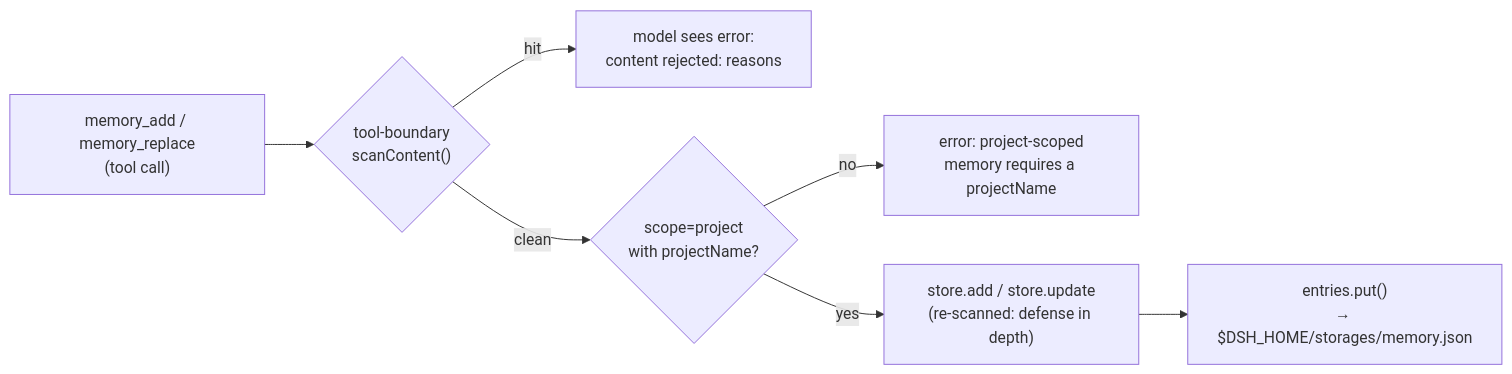
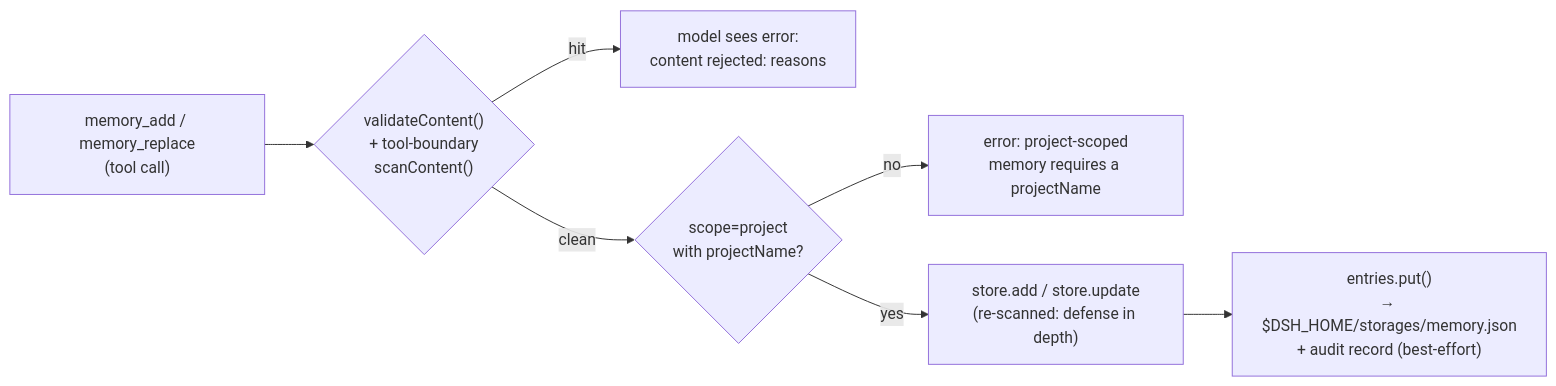
The second of 3 diagrams in docs/TECH_DESIGN.md (chenhw7/dsh-memory), drawn with Mermaid before and after one commit. The commit also changed other lines of this file and 5 other files, not shown here.

First line of the commit message:
docs: sync README / TECH_DESIGN / SEQUENCE_DIAGRAMS with the v0.3.0 implementation

````diff
--- a/docs/TECH_DESIGN.md
+++ b/docs/TECH_DESIGN.md
@@ -130,9 +145,9 @@
 ```mermaid
 flowchart LR
-  A["memory_add / memory_replace<br/>(tool call)"] --> B{"tool-boundary<br/>scanContent()"}
+  A["memory_add / memory_replace<br/>(tool call)"] --> B{"validateContent()<br/>+ tool-boundary<br/>scanContent()"}
   B -- "hit" --> E1["model sees error:<br/>content rejected: reasons"]
   B -- "clean" --> C{"scope=project<br/>with projectName?"}
   C -- "no" --> E2["error: project-scoped<br/>memory requires a projectName"]
   C -- "yes" --> D["store.add / store.update<br/>(re-scanned: defense in depth)"]
-  D --> E["entries.put()<br/>→ $DSH_HOME/storages/memory.json"]
+  D --> E["entries.put()<br/>→ $DSH_HOME/storages/memory.json<br/>+ audit record (best-effort)"]
 ```
````
